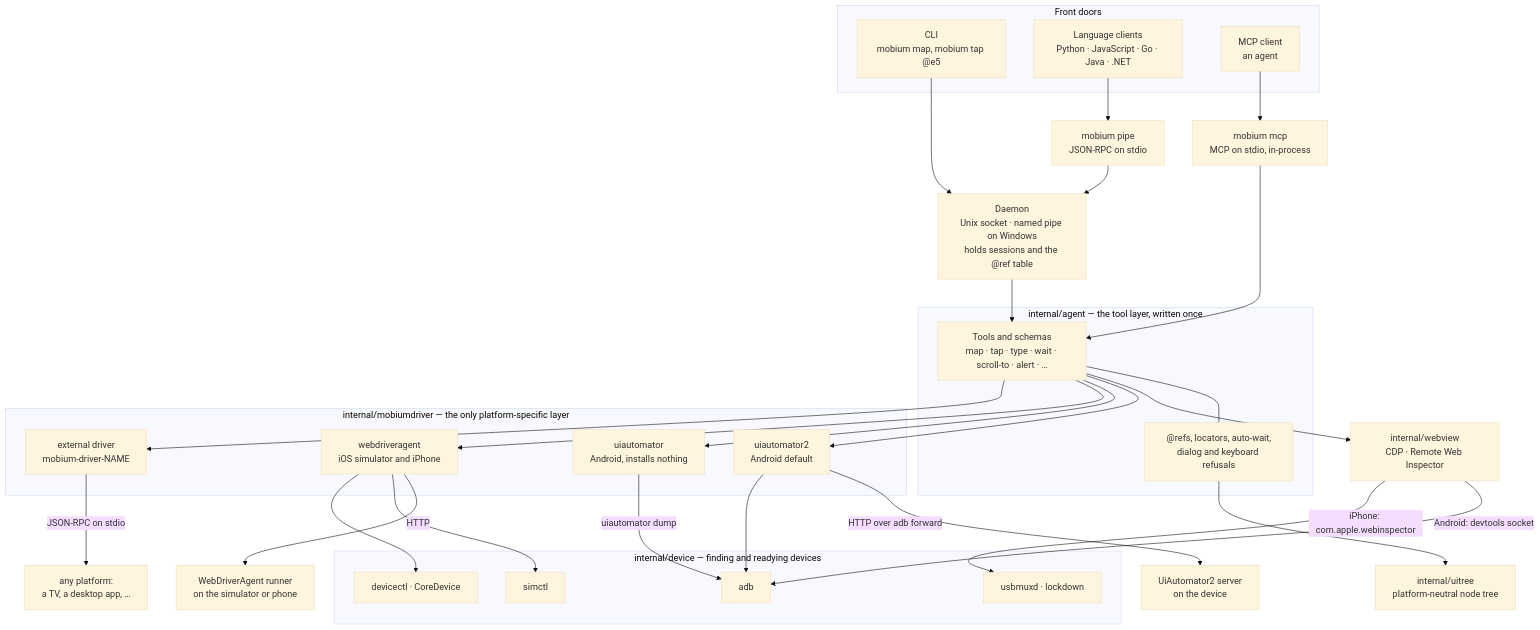
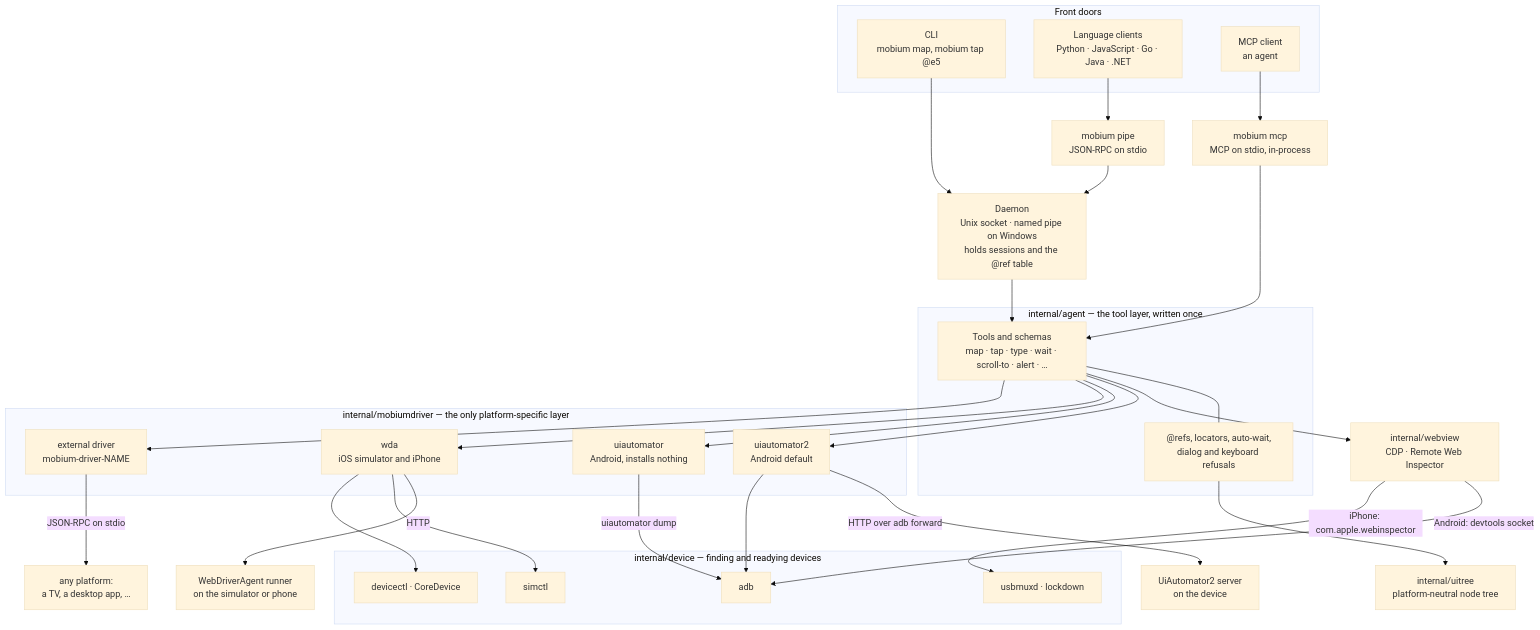
Before and after one commit to mobiumdev/mobium: the first of 3 diagrams in docs/ARCHITECTURE.md, drawn with Mermaid (base theme). The commit also changed 114 other files, not shown here.

````diff
--- a/docs/ARCHITECTURE.md
+++ b/docs/ARCHITECTURE.md
@@ -10,55 +10,55 @@
 ```mermaid
 flowchart TB
     subgraph doors["Front doors"]
         cli["CLI<br/>mobium map, mobium tap @e5"]
         clients["Language clients<br/>Python · JavaScript · Go · Java · .NET"]
         mcp["MCP client<br/>an agent"]
     end
 
     pipe["mobium pipe<br/>JSON-RPC on stdio"]
     mcpcmd["mobium mcp<br/>MCP on stdio, in-process"]
     daemon["Daemon<br/>Unix socket · named pipe on Windows<br/>holds sessions and the @ref table"]
 
     cli --> daemon
     clients --> pipe --> daemon
     mcp --> mcpcmd
 
     subgraph core["internal/agent — the tool layer, written once"]
         tools["Tools and schemas<br/>map · tap · type · wait · scroll-to · alert · …"]
         refs["@refs, locators, auto-wait,<br/>dialog and keyboard refusals"]
     end
 
     daemon --> tools
     mcpcmd --> tools
     tools --- refs
 
     tree["internal/uitree<br/>platform-neutral node tree"]
     web["internal/webview<br/>CDP · Remote Web Inspector"]
     refs --> tree
     tools --> web
 
     subgraph drivers["internal/mobiumdriver — the only platform-specific layer"]
         uia2["uiautomator2<br/>Android default"]
         dump["uiautomator<br/>Android, installs nothing"]
-        wda["webdriveragent<br/>iOS simulator and iPhone"]
+        wda["wda<br/>iOS simulator and iPhone"]
         ext["external driver<br/>mobium-driver-NAME"]
     end
 
     tools --> uia2 & dump & wda & ext
 
     subgraph devicepkg["internal/device — finding and readying devices"]
         adb["adb"]
         simctl["simctl"]
         devicectl["devicectl · CoreDevice"]
         lockdown["usbmuxd · lockdown"]
     end
 
     uia2 -- "HTTP over adb forward" --> uiaserver["UiAutomator2 server<br/>on the device"]
     uia2 --> adb
     dump -- "uiautomator dump" --> adb
     wda -- "HTTP" --> wdarunner["WebDriverAgent runner<br/>on the simulator or phone"]
     wda --> simctl & devicectl
     ext -- "JSON-RPC on stdio" --> other["any platform:<br/>a TV, a desktop app, …"]
     web -- "Android: devtools socket" --> adb
     web -- "iPhone: com.apple.webinspector" --> lockdown
 ```
````
